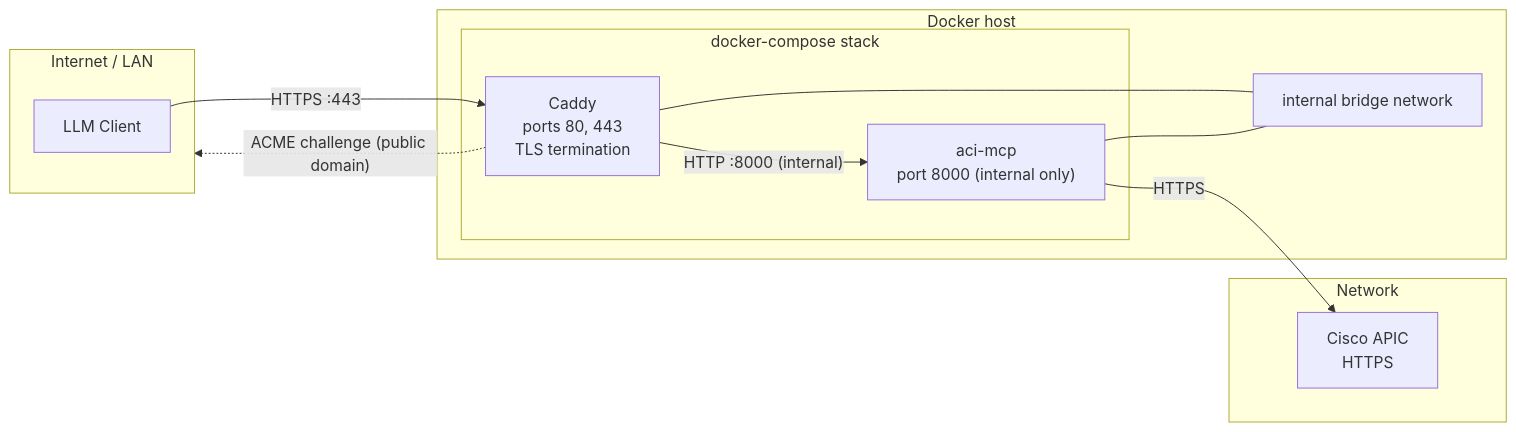
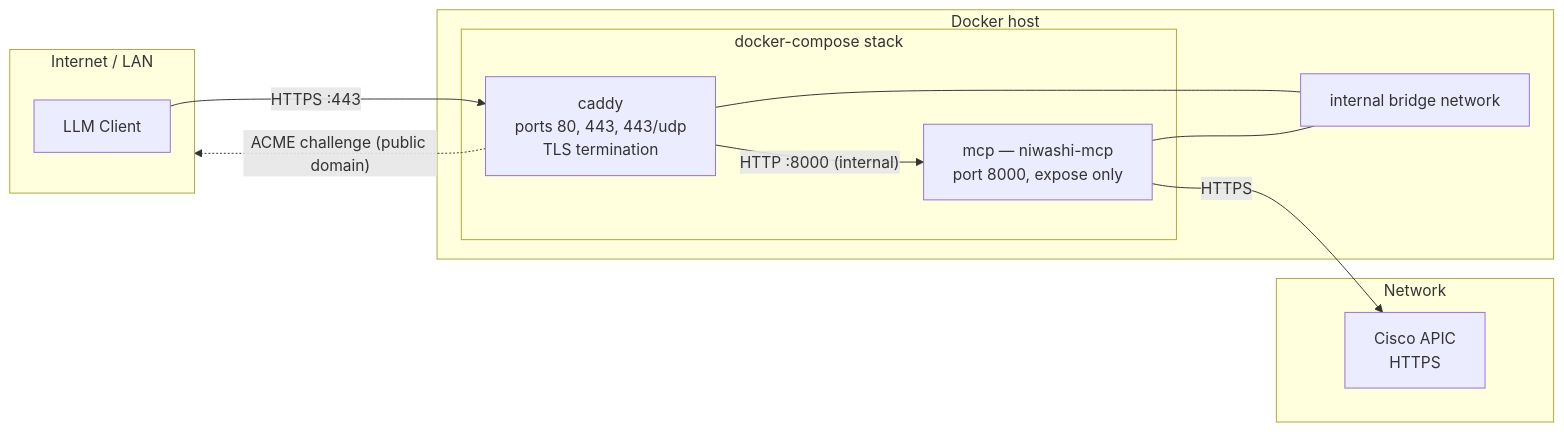
The diagram in docs/getting-started/https.md (k3l0-dev/aci-mcp), drawn with Mermaid before and after one commit. The commit also changed other lines of this file and 27 other files, not shown here.

````diff
--- a/docs/getting-started/https.md
+++ b/docs/getting-started/https.md
@@ -10,25 +11,25 @@
 ```mermaid
 graph LR
     subgraph internet["Internet / LAN"]
         client["LLM Client"]
     end
 
     subgraph host["Docker host"]
         subgraph compose["docker-compose stack"]
-            caddy["Caddy\nports 80, 443\nTLS termination"]
-            mcp["aci-mcp\nport 8000 (internal only)"]
+            caddy["caddy\nports 80, 443, 443/udp\nTLS termination"]
+            mcp["mcp — niwashi-mcp\nport 8000, expose only"]
         end
         net["internal bridge network"]
     end
 
     subgraph apic_net["Network"]
         apic["Cisco APIC\nHTTPS"]
     end
 
     client -->|"HTTPS :443"| caddy
     caddy -->|"HTTP :8000 (internal)"| mcp
     caddy -.->|"ACME challenge (public domain)"| internet
     mcp -->|"HTTPS"| apic
     caddy --- net
     mcp --- net
 ```
````
